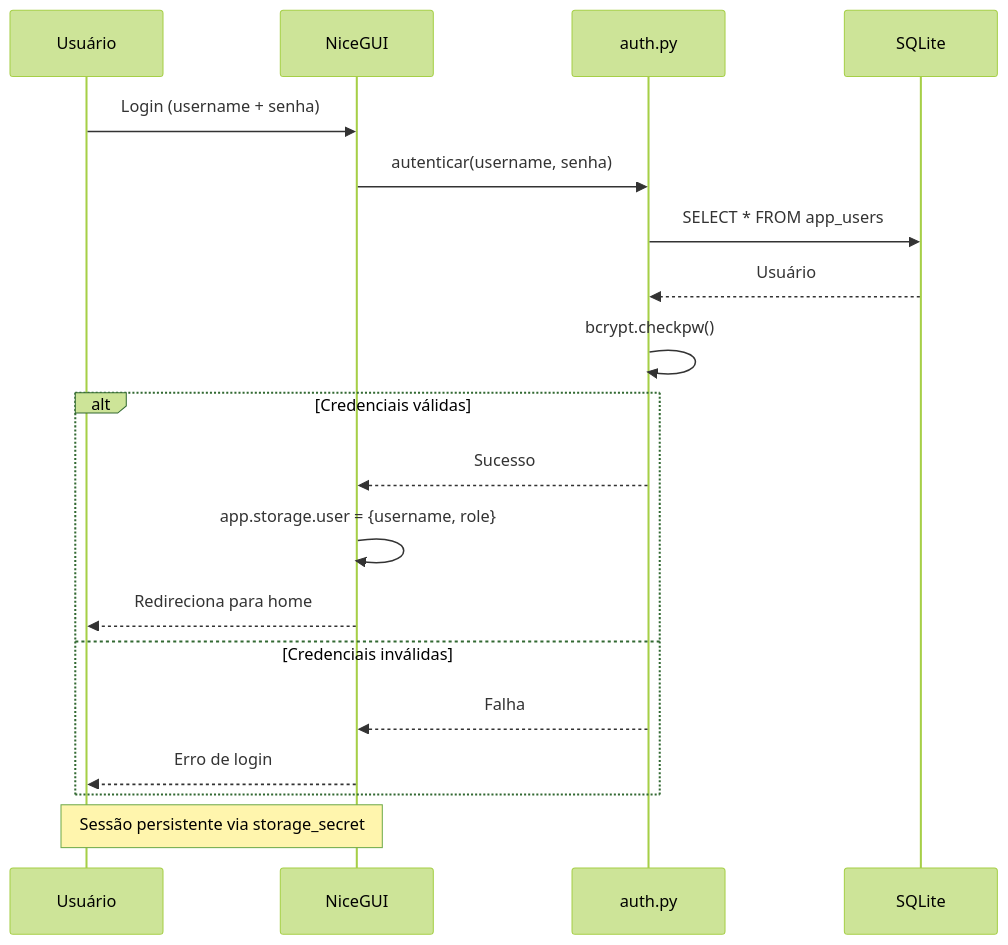
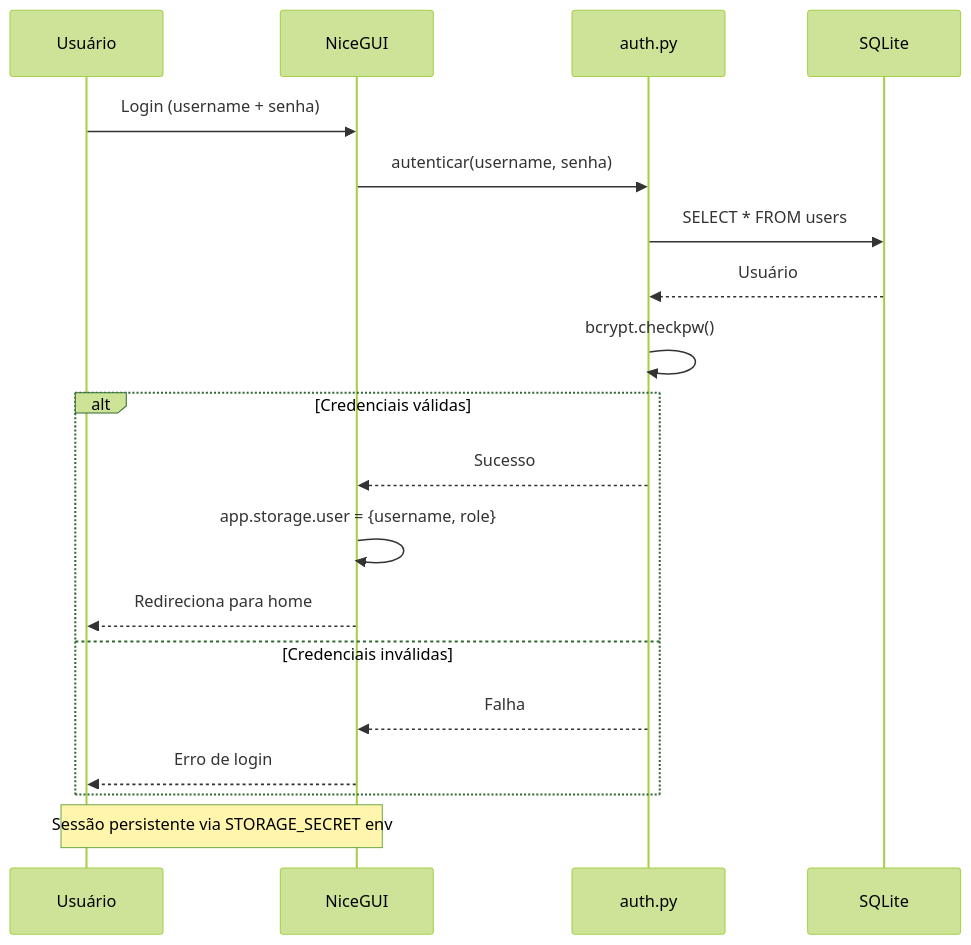
One commit to hiseg10/sysava-nicegui changed the seventh of 7 diagrams in docs/PERSISTENCIA.md. Above: the diagram before and after it, drawn with Mermaid (forest theme). The commit also changed other lines of this file and 17 other files, not shown here.

Commit message:
Nova arquitetura: 17 tabelas normalizadas, schema limpo

````diff
--- a/docs/PERSISTENCIA.md
+++ b/docs/PERSISTENCIA.md
@@ -435,24 +301,24 @@
 ```mermaid
 sequenceDiagram
     participant U as Usuário
     participant UI as NiceGUI
     participant AUTH as auth.py
     participant DB as SQLite
-    
+
     U->>UI: Login (username + senha)
     UI->>AUTH: autenticar(username, senha)
-    AUTH->>DB: SELECT * FROM app_users
+    AUTH->>DB: SELECT * FROM users
     DB-->>AUTH: Usuário
     AUTH->>AUTH: bcrypt.checkpw()
-    
+
     alt Credenciais válidas
         AUTH-->>UI: Sucesso
         UI->>UI: app.storage.user = {username, role}
         UI-->>U: Redireciona para home
     else Credenciais inválidas
         AUTH-->>UI: Falha
         UI-->>U: Erro de login
     end
-    
-    Note over U,UI: Sessão persistente via storage_secret
+
+    Note over U,UI: Sessão persistente via STORAGE_SECRET env
 ```
````
